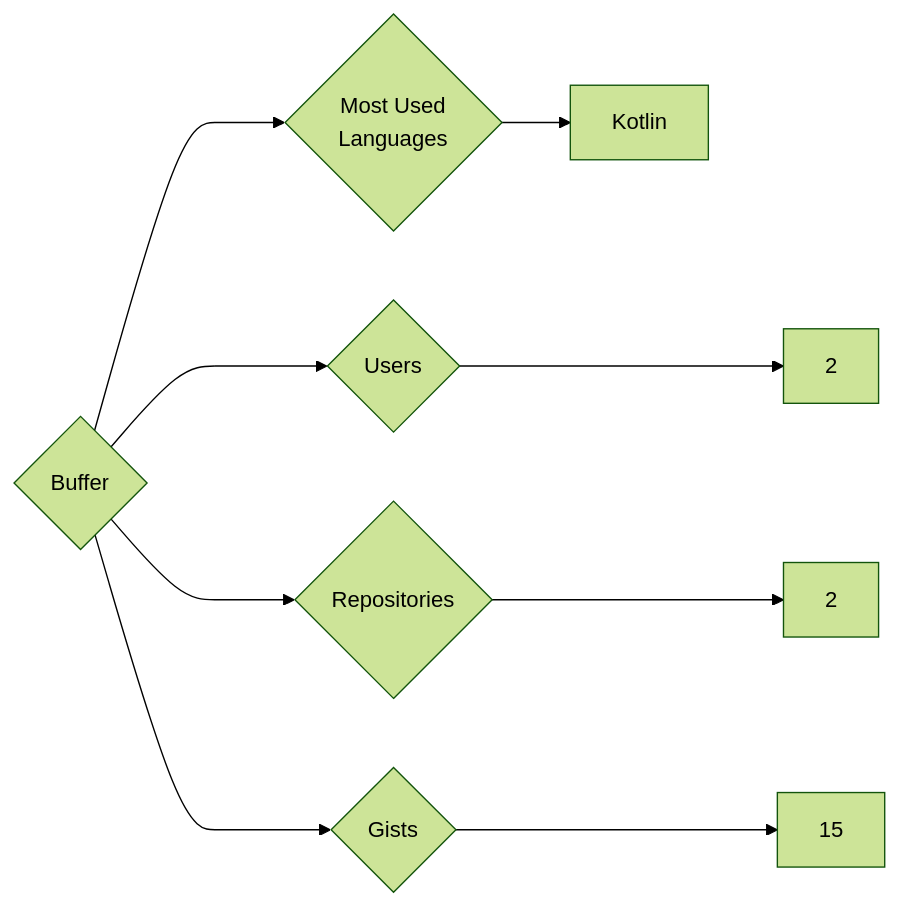
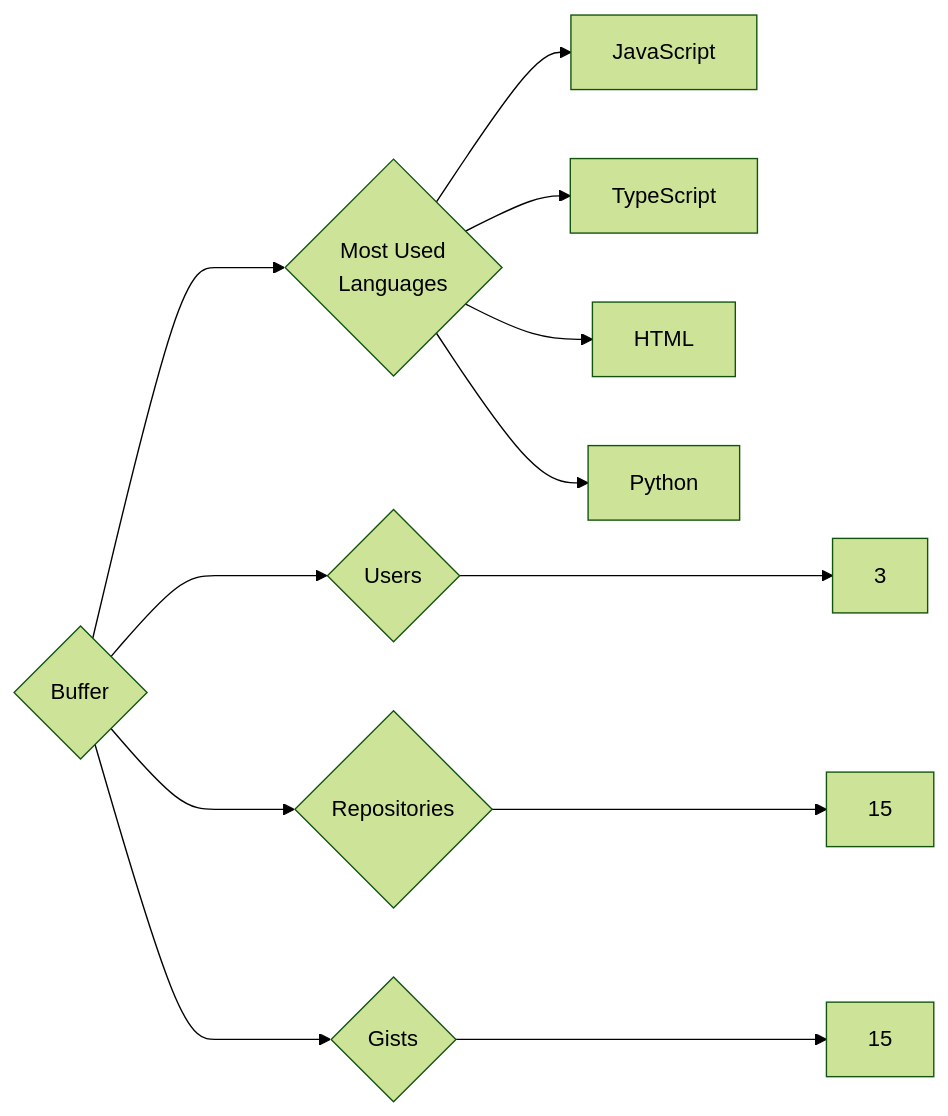
The diagram in targets/Buffer/README.md (trickest/insiders), drawn with Mermaid (forest theme) before and after one commit. The commit also changed 1003 other files, not shown here.

````diff
--- a/targets/Buffer/README.md
+++ b/targets/Buffer/README.md
@@ -3,9 +3,12 @@
 ```mermaid
 graph LR
 COMPANY_NAME{Buffer}
-COMPANY_NAME ---> U{Users} ---> UN[2]
-COMPANY_NAME ---> R{Repositories} ---> RN[2]
+COMPANY_NAME ---> U{Users} ---> UN[3]
+COMPANY_NAME ---> R{Repositories} ---> RN[15]
 COMPANY_NAME ---> G{Gists} ---> GN[15]
 COMPANY_NAME ---> ML{Most Used<br>Languages}
-ML --> Kotlin[Kotlin]
+ML --> JavaScript[JavaScript]
+ML --> TypeScript[TypeScript]
+ML --> HTML[HTML]
+ML --> Python[Python]
 ```
````
